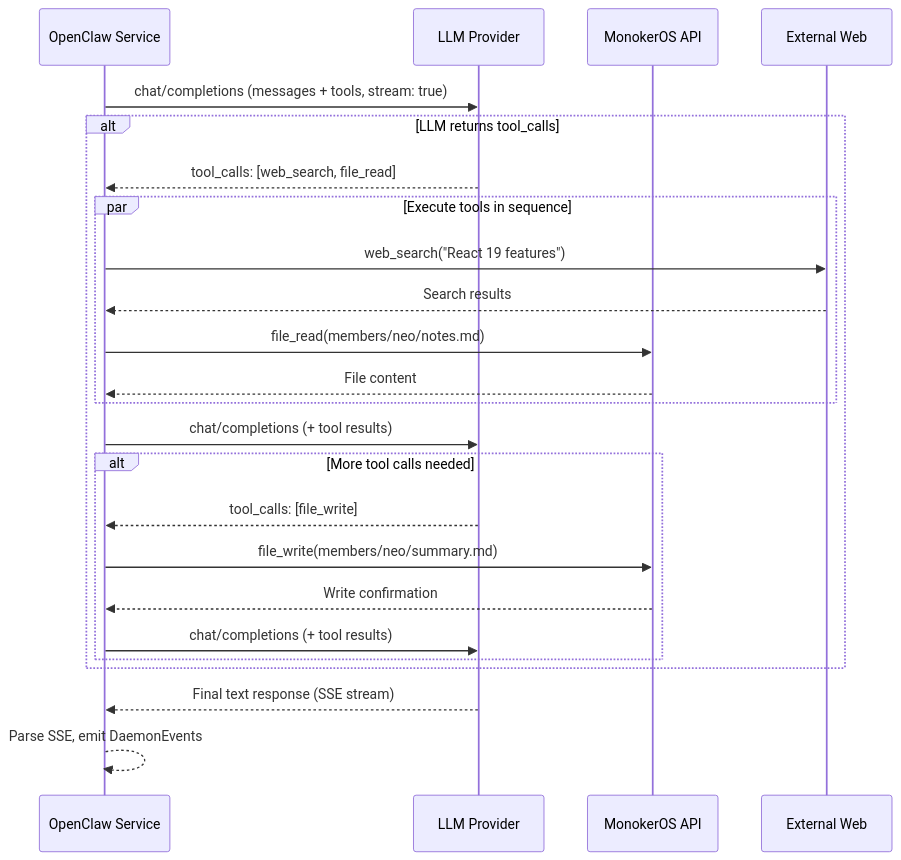
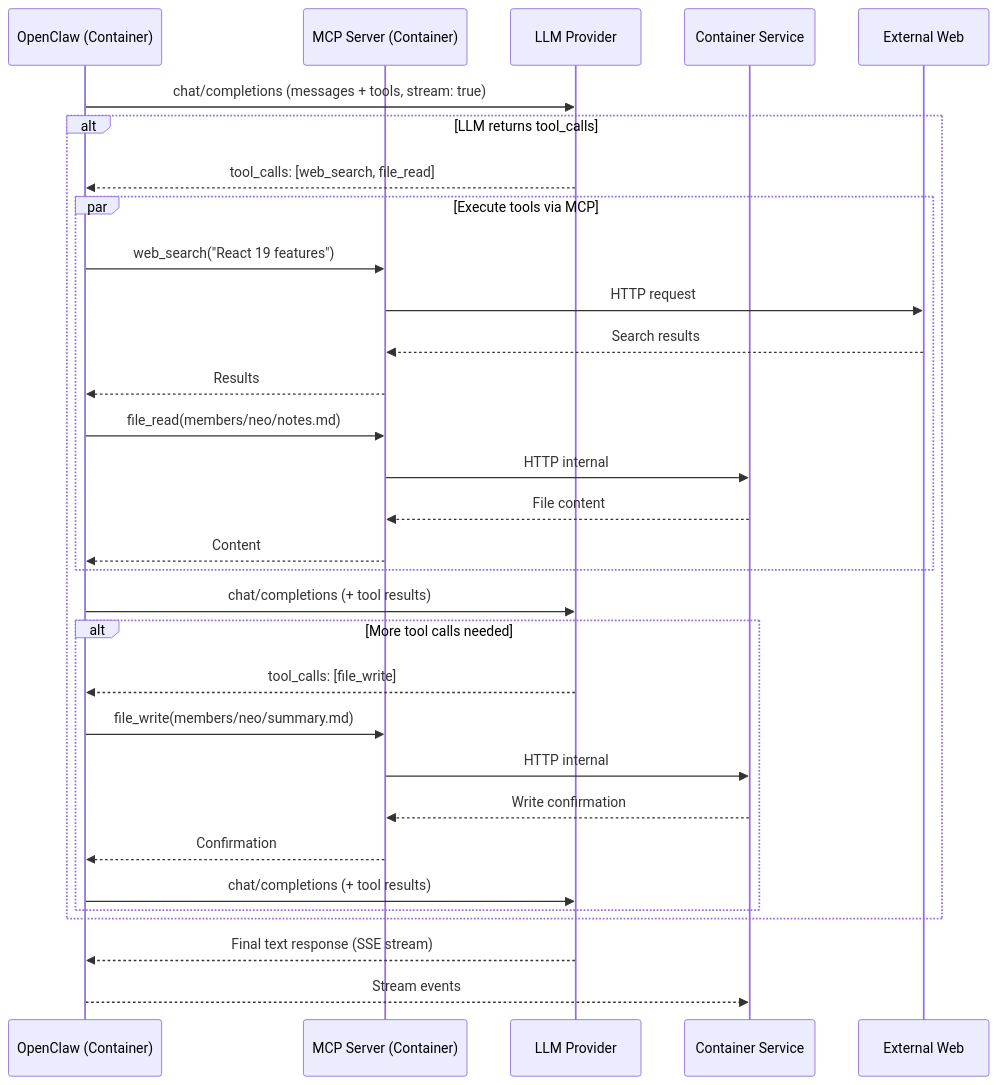
The fourth of 7 diagrams in docs/architecture/inspirations.md (pde-rent/monokeros), drawn with Mermaid before and after one commit. The commit also changed other lines of this file and 50 other files, not shown here.

````diff
--- a/docs/architecture/inspirations.md
+++ b/docs/architecture/inspirations.md
@@ -193,32 +203,39 @@
 ```mermaid
 sequenceDiagram
-    participant OC as OpenClaw Service
+    participant OC as OpenClaw (Container)
+    participant MCP as MCP Server (Container)
     participant LLM as LLM Provider
-    participant API as MonokerOS API
+    participant CS as Container Service
     participant Web as External Web
 
     OC->>LLM: chat/completions (messages + tools, stream: true)
 
     alt LLM returns tool_calls
         LLM-->>OC: tool_calls: [web_search, file_read]
 
-        par Execute tools in sequence
-            OC->>Web: web_search("React 19 features")
-            Web-->>OC: Search results
-            OC->>API: file_read(members/neo/notes.md)
-            API-->>OC: File content
+        par Execute tools via MCP
+            OC->>MCP: web_search("React 19 features")
+            MCP->>Web: HTTP request
+            Web-->>MCP: Search results
+            MCP-->>OC: Results
+            OC->>MCP: file_read(members/neo/notes.md)
+            MCP->>CS: HTTP internal
+            CS-->>MCP: File content
+            MCP-->>OC: Content
         end
 
         OC->>LLM: chat/completions (+ tool results)
 
         alt More tool calls needed
             LLM-->>OC: tool_calls: [file_write]
-            OC->>API: file_write(members/neo/summary.md)
-            API-->>OC: Write confirmation
+            OC->>MCP: file_write(members/neo/summary.md)
+            MCP->>CS: HTTP internal
+            CS-->>MCP: Write confirmation
+            MCP-->>OC: Confirmation
             OC->>LLM: chat/completions (+ tool results)
         end
     end
 
     LLM-->>OC: Final text response (SSE stream)
-    OC-->>OC: Parse SSE, emit DaemonEvents
+    OC-->>CS: Stream events
 ```
````
